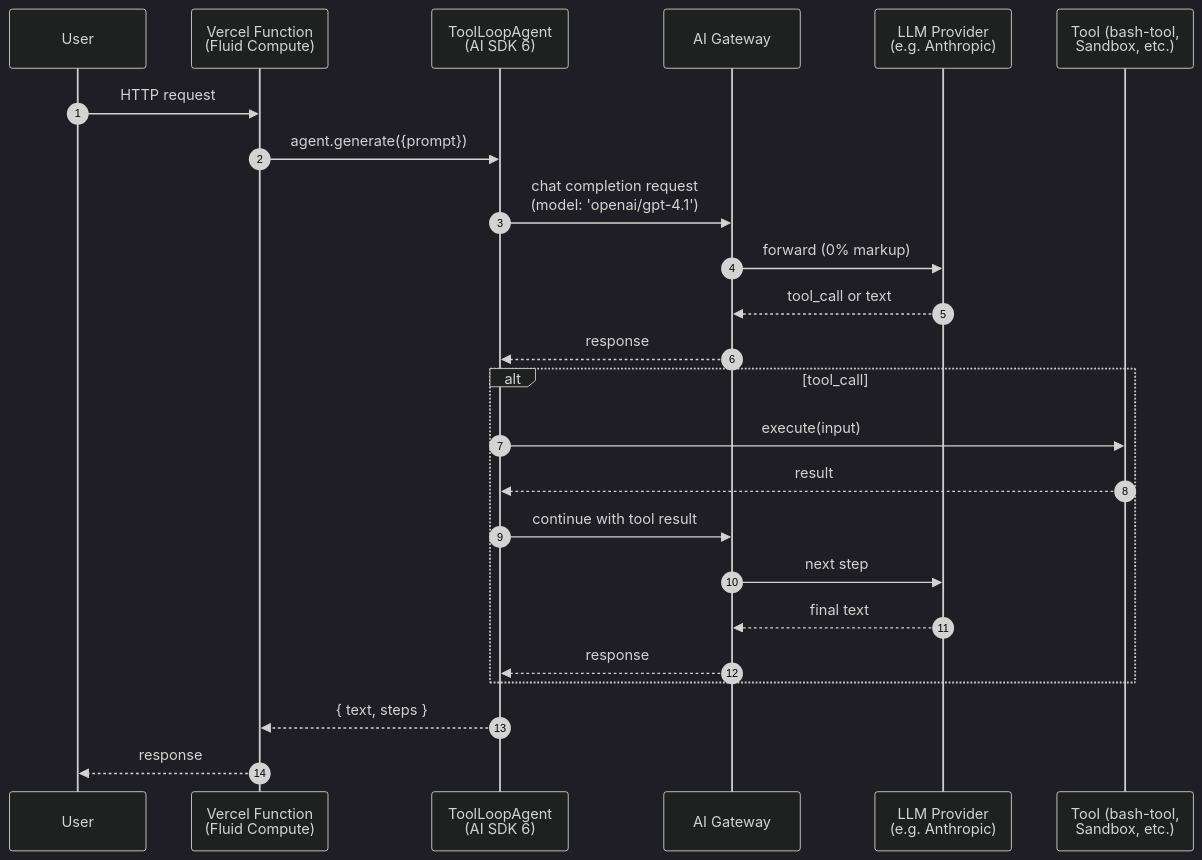
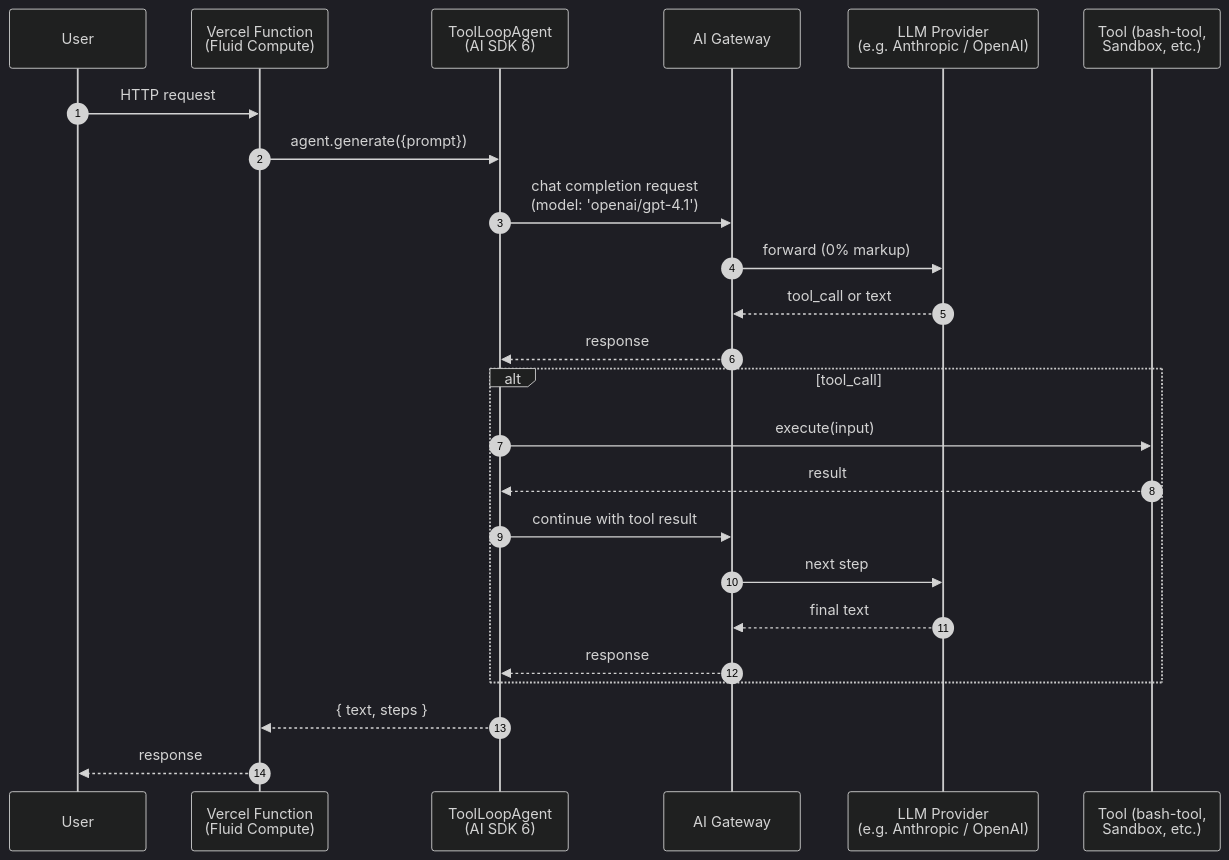
The first of 6 diagrams in generated-reports/vercel-azure/2026/04/2026-04-21-Agent-Comparison-Report-Claude-Opus-4.7.md (HiMarioLopez/adlc-evals), drawn with Mermaid (dark theme) before and after one commit. The commit also changed other lines of this file and 1 other file, not shown here.

````diff
--- a/generated-reports/vercel-azure/2026/04/2026-04-21-Agent-Comparison-Report-Claude-Opus-4.7.md
+++ b/generated-reports/vercel-azure/2026/04/2026-04-21-Agent-Comparison-Report-Claude-Opus-4.7.md
@@ -756,27 +1190,27 @@
 ```mermaid
 sequenceDiagram
     autonumber
     participant User
     participant App as Vercel Function<br/>(Fluid Compute)
     participant Agent as ToolLoopAgent<br/>(AI SDK 6)
     participant Gateway as AI Gateway
-    participant Model as LLM Provider<br/>(e.g. Anthropic)
+    participant Model as LLM Provider<br/>(e.g. Anthropic / OpenAI)
     participant Tool as Tool (bash-tool,<br/>Sandbox, etc.)
 
     User->>App: HTTP request
     App->>Agent: agent.generate({prompt})
     Agent->>Gateway: chat completion request<br/>(model: 'openai/gpt-4.1')
     Gateway->>Model: forward (0% markup)
     Model-->>Gateway: tool_call or text
     Gateway-->>Agent: response
     alt tool_call
         Agent->>Tool: execute(input)
         Tool-->>Agent: result
         Agent->>Gateway: continue with tool result
         Gateway->>Model: next step
         Model-->>Gateway: final text
         Gateway-->>Agent: response
     end
     Agent-->>App: { text, steps }
     App-->>User: response
 ```
````
